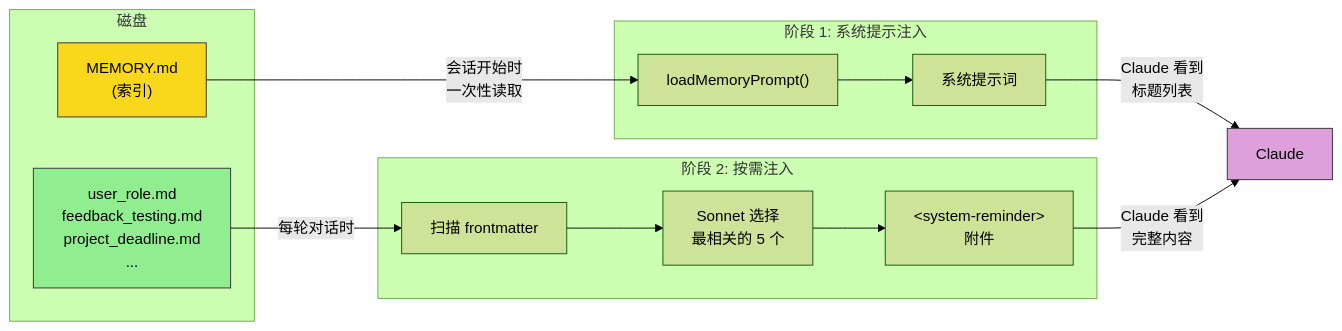
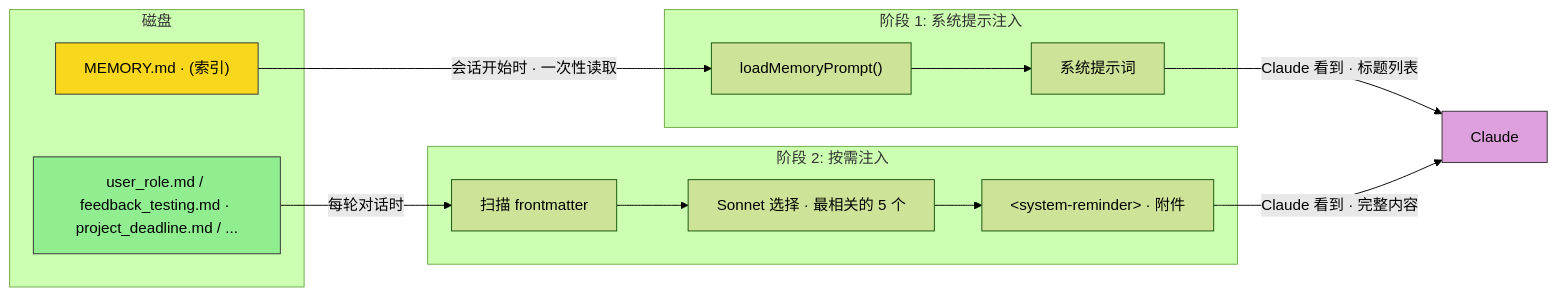
Before and after one commit to turf0909/sleep-code: diagram 19 of 30 in CLAUDE_CODE_BOOK.md, drawn with Mermaid (forest theme). The commit also changed other lines of this file, not shown here.

First line of the commit message:
docs: major expansion and fact-check of Claude Code architecture book

````diff
--- a/CLAUDE_CODE_BOOK.md
+++ b/CLAUDE_CODE_BOOK.md
@@ -2111,28 +3256,28 @@
 ```mermaid
 flowchart LR
     subgraph 磁盘
-        MEM["MEMORY.md<br/>(索引)"]
-        FILES["user_role.md<br/>feedback_testing.md<br/>project_deadline.md<br/>..."]
+        MEM["MEMORY.md · (索引)"]
+        FILES["user_role.md / feedback_testing.md · project_deadline.md / ..."]
     end
 
     subgraph "阶段 1: 系统提示注入"
         LP["loadMemoryPrompt()"]
         SP["系统提示词"]
     end
 
     subgraph "阶段 2: 按需注入"
         SCAN["扫描 frontmatter"]
-        SONNET["Sonnet 选择<br/>最相关的 5 个"]
-        SR["&lt;system-reminder&gt;<br/>附件"]
+        SONNET["Sonnet 选择 · 最相关的 5 个"]
+        SR["&lt;system-reminder&gt; · 附件"]
     end
 
-    MEM -->|"会话开始时<br/>一次性读取"| LP --> SP
+    MEM -->|"会话开始时 · 一次性读取"| LP --> SP
     FILES -->|"每轮对话时"| SCAN --> SONNET --> SR
 
-    SP -->|"Claude 看到<br/>标题列表"| CLAUDE["Claude"]
-    SR -->|"Claude 看到<br/>完整内容"| CLAUDE
+    SP -->|"Claude 看到 · 标题列表"| CLAUDE["Claude"]
+    SR -->|"Claude 看到 · 完整内容"| CLAUDE
 
     style MEM fill:#f9d71c,stroke:#333
     style FILES fill:#90EE90,stroke:#333
     style CLAUDE fill:#DDA0DD,stroke:#333
 ```
````
